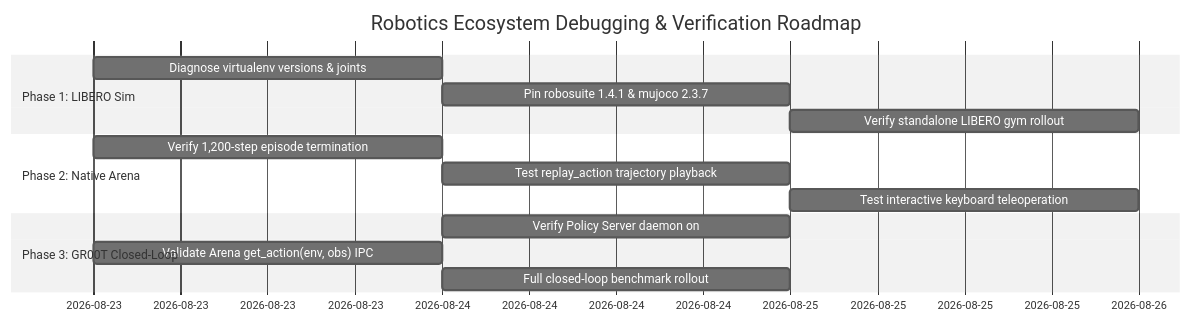
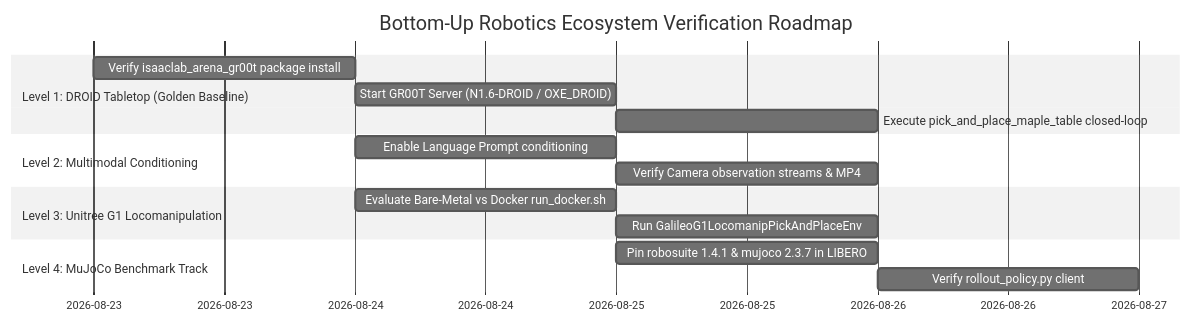
The fourth of 4 diagrams in .agents/references/docs/debugging_arena_gr00t.md (boredengineering/IsaacAutomator), drawn with Mermaid (neutral theme) before and after one commit. The commit also changed other lines of this file, not shown here.

Commit message:
docs: update debugging_arena_gr00t.md with canonical bottom-up DROID baseline and Docker paradigm analysis

````diff
--- a/.agents/references/docs/debugging_arena_gr00t.md
+++ b/.agents/references/docs/debugging_arena_gr00t.md
@@ -242,17 +200,18 @@
 ```mermaid
 gantt
-    title Robotics Ecosystem Debugging & Verification Roadmap
+    title Bottom-Up Robotics Ecosystem Verification Roadmap
     dateFormat  YYYY-MM-DD
-    section Phase 1: LIBERO Sim
-    Diagnose virtualenv versions & joints    :p1_1, 2026-08-23, 1d
-    Pin robosuite 1.4.1 & mujoco 2.3.7       :p1_2, after p1_1, 1d
-    Verify standalone LIBERO gym rollout     :p1_3, after p1_2, 1d
-    section Phase 2: Native Arena
-    Verify 1,200-step episode termination    :p2_1, 2026-08-23, 1d
-    Test replay_action trajectory playback   :p2_2, after p2_1, 1d
-    Test interactive keyboard teleoperation  :p2_3, after p2_2, 1d
-    section Phase 3: GR00T Closed-Loop
-    Verify Policy Server daemon on :5555     :p3_1, 2026-08-24, 1d
-    Validate Arena get_action(env, obs) IPC  :p3_2, after p3_1, 1d
-    Full closed-loop benchmark rollout       :p3_3, after p3_2, 1d
+    section Level 1: DROID Tabletop (Golden Baseline)
+    Verify isaaclab_arena_gr00t package install :l1_1, 2026-08-23, 1d
+    Start GR00T Server (N1.6-DROID / OXE_DROID) :l1_2, after l1_1, 1d
+    Execute pick_and_place_maple_table closed-loop :l1_3, after l1_2, 1d
+    section Level 2: Multimodal Conditioning
+    Enable Language Prompt conditioning        :l2_1, 2026-08-24, 1d
+    Verify Camera observation streams & MP4    :l2_2, after l2_1, 1d
+    section Level 3: Unitree G1 Locomanipulation
+    Evaluate Bare-Metal vs Docker run_docker.sh:l3_1, 2026-08-24, 1d
+    Run GalileoG1LocomanipPickAndPlaceEnv      :l3_2, after l3_1, 1d
+    section Level 4: MuJoCo Benchmark Track
+    Pin robosuite 1.4.1 & mujoco 2.3.7 in LIBERO:l4_1, 2026-08-25, 1d
+    Verify rollout_policy.py client             :l4_2, after l4_1, 1d
 ```
````
